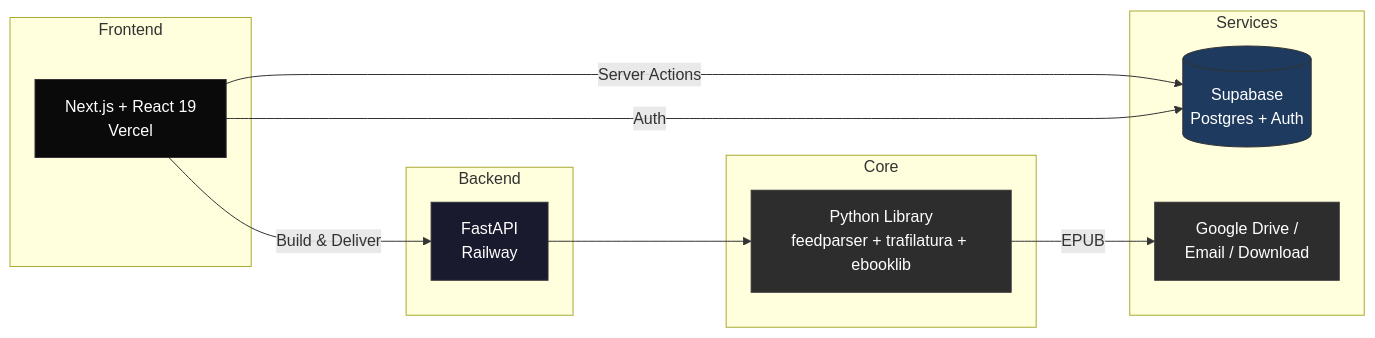
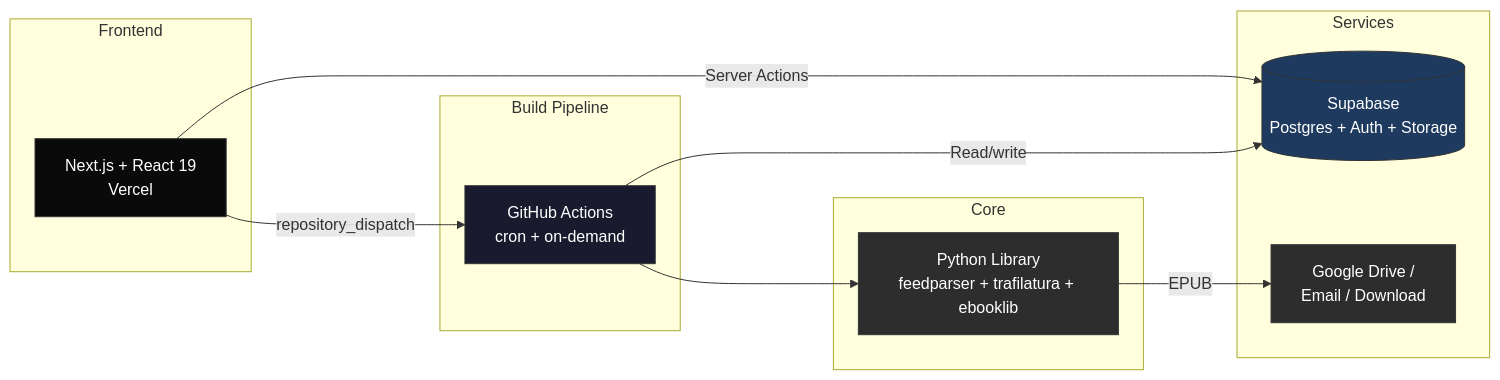
One commit to luclacombe/paper-boy-news changed the diagram in README.md. Above: the diagram before and after it, drawn with Mermaid. The commit also changed other lines of this file and 5 other files, not shown here.

````diff
--- a/README.md
+++ b/README.md
@@ -31,31 +31,31 @@
 ```mermaid
 graph LR
     subgraph Frontend
         A[Next.js + React 19<br/>Vercel]
     end
 
-    subgraph Backend
-        B[FastAPI<br/>Railway]
+    subgraph Build Pipeline
+        B[GitHub Actions<br/>cron + on-demand]
     end
 
     subgraph Core
         C[Python Library<br/>feedparser + trafilatura + ebooklib]
     end
 
     subgraph Services
-        D[(Supabase<br/>Postgres + Auth)]
+        D[(Supabase<br/>Postgres + Auth + Storage)]
         E[Google Drive /<br/>Email / Download]
     end
 
     A -->|Server Actions| D
-    A -->|Build & Deliver| B
+    A -->|repository_dispatch| B
     B --> C
+    B -->|Read/write| D
     C -->|EPUB| E
-    A -->|Auth| D
 
     style A fill:#0a0a0a,stroke:#333,color:#fff
     style B fill:#1a1a2e,stroke:#333,color:#fff
     style C fill:#2d2d2d,stroke:#333,color:#fff
     style D fill:#1e3a5f,stroke:#333,color:#fff
     style E fill:#2d2d2d,stroke:#333,color:#fff
 ```
````
